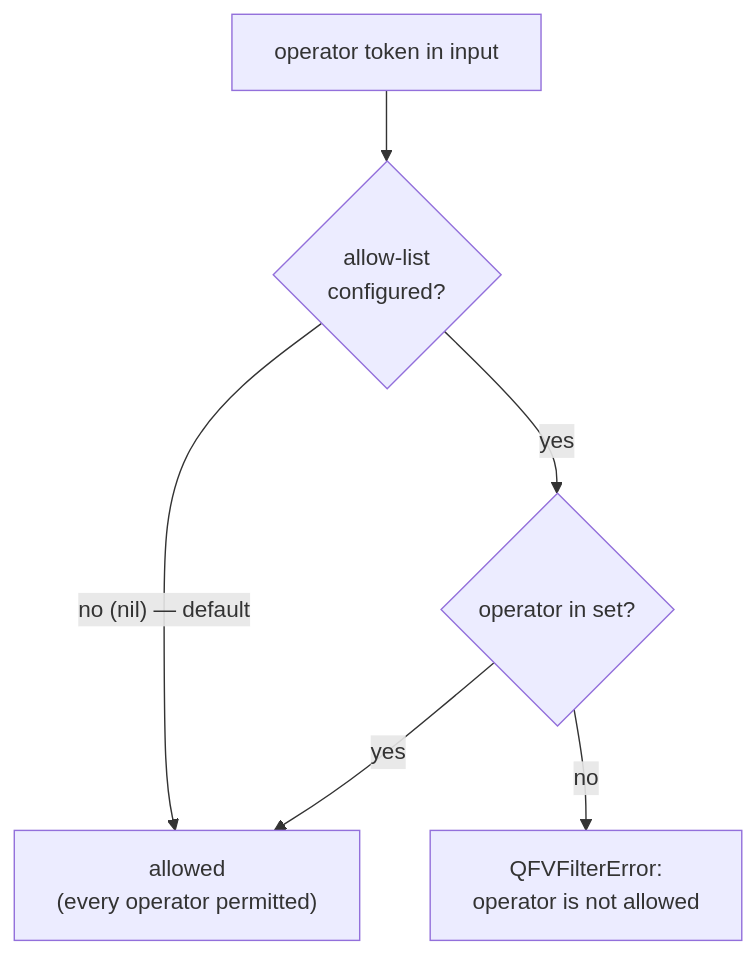
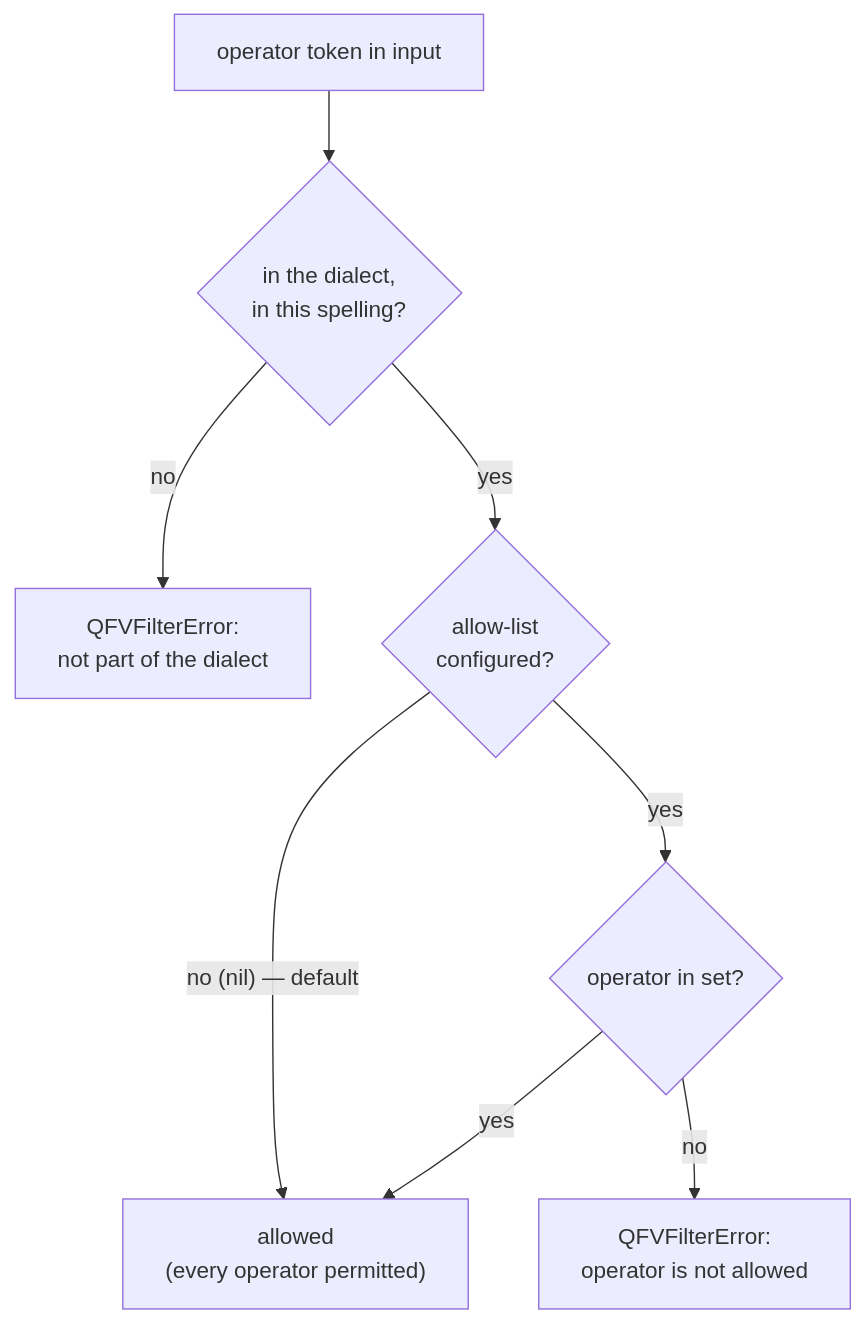
One commit to slashdevops/qfv changed the second of 4 diagrams in docs/configuration.md. Above: the diagram before and after it, drawn with Mermaid. The commit also changed other lines of this file and 11 other files, not shown here.

````diff
--- a/docs/configuration.md
+++ b/docs/configuration.md
@@ -42,8 +94,10 @@
 ```mermaid
 flowchart TD
-    T["operator token in input"] --> C{"allow-list<br/>configured?"}
+    T["operator token in input"] --> D{"in the dialect,<br/>in this spelling?"}
+    D -->|"no"| DERR["QFVFilterError:<br/>not part of the dialect"]
+    D -->|"yes"| C{"allow-list<br/>configured?"}
     C -->|"no (nil) — default"| OK["allowed<br/>(every operator permitted)"]
     C -->|"yes"| M{"operator in set?"}
     M -->|"yes"| OK
     M -->|"no"| ERR["QFVFilterError:<br/>operator is not allowed"]
 ```
````
